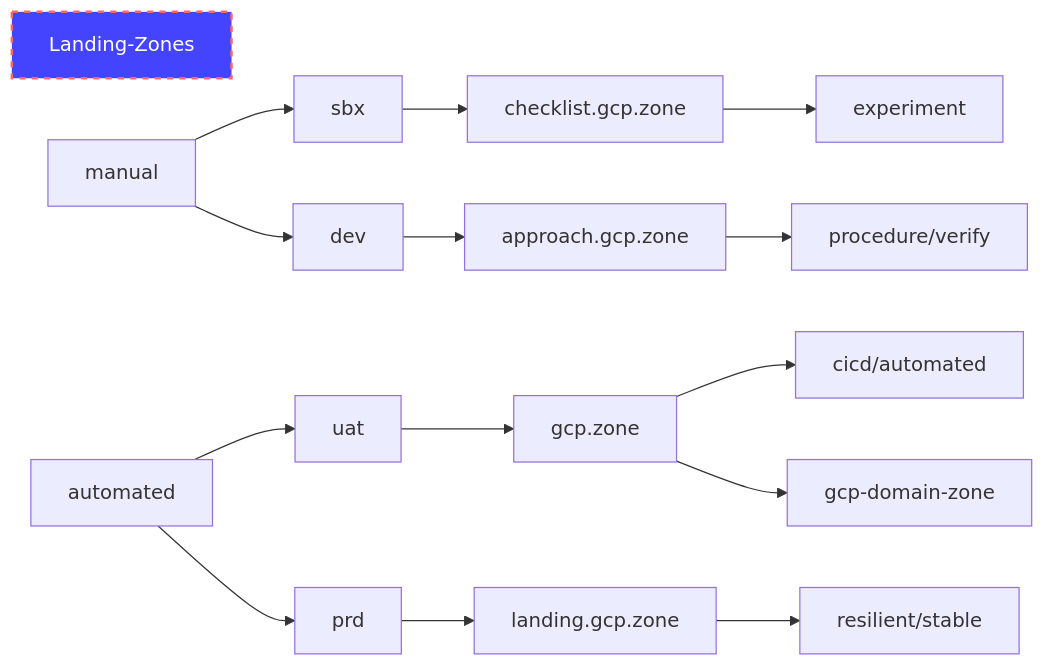
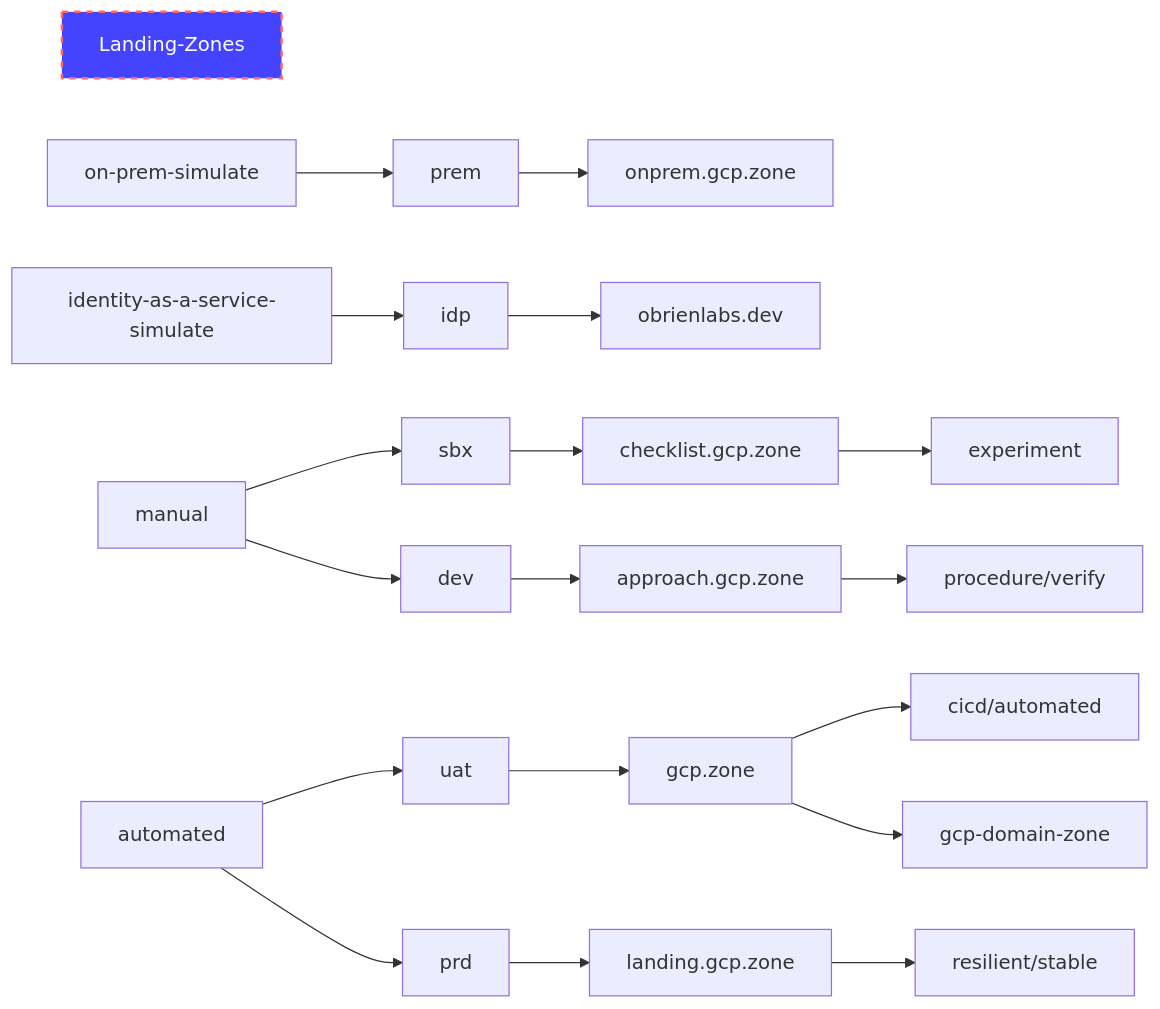
The diagram in docs/landing-zone.md (cloud-quickstart/gcp-landing-zone), drawn with Mermaid before and after one commit.

Commit message:
#2 - add on-prem and identity as a service env

````diff
--- a/docs/landing-zone.md
+++ b/docs/landing-zone.md
@@ -17,18 +17,22 @@
 ```mermaid
 graph LR;
     style Landing-Zones fill:#44f,stroke:#f66,stroke-width:2px,color:#fff,stroke-dasharray: 5 5
     %% mapped and documented
 
+    on-prem-simulate-->prem
+    identity-as-a-service-simulate-->idp
     manual-->sbx
     manual-->dev
     automated-->uat
     automated-->prd
     
+    prem-->onprem.gcp.zone
+    idp-->obrienlabs.dev
     dev-->approach.gcp.zone-->procedure/verify
     sbx-->checklist.gcp.zone-->experiment
     prd-->landing.gcp.zone-->resilient/stable
     uat-->gcp.zone-->cicd/automated
     gcp.zone-->gcp-domain-zone
     
     
 ```
````
